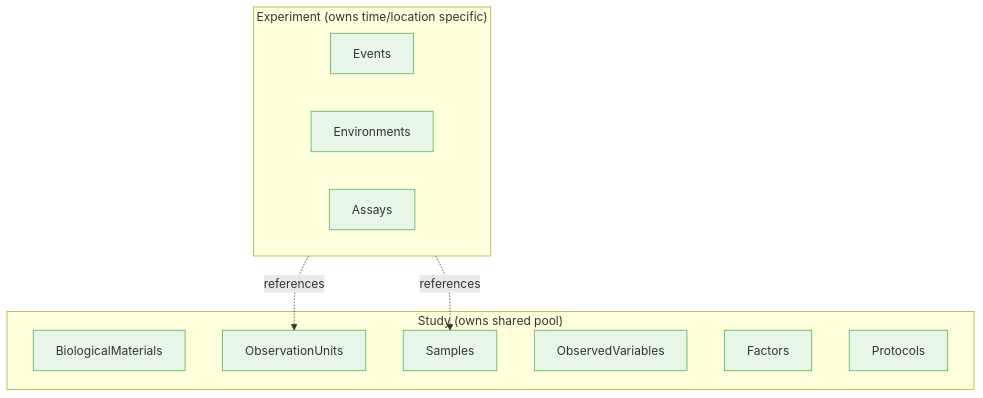
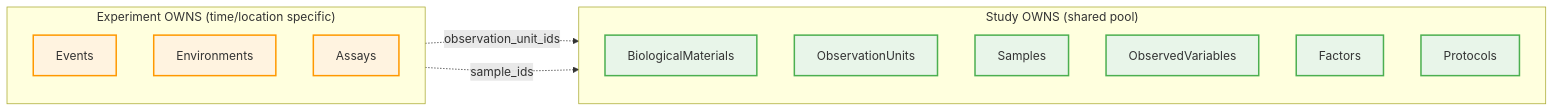
The sixth of 6 diagrams in docs/architecture/diagrams.md (sorenwacker/metaseed), drawn with Mermaid before and after one commit. The commit also changed other lines of this file, not shown here.

Commit message:
Add complete diagrams for all profiles (MIAPPE, ISA, Combined v1/v2)

````diff
--- a/docs/architecture/diagrams.md
+++ b/docs/architecture/diagrams.md
@@ -134,26 +339,28 @@
 ```mermaid
-flowchart TB
-    subgraph study["Study (owns shared pool)"]
+flowchart LR
+    subgraph study["Study OWNS (shared pool)"]
+        direction TB
         BM[BiologicalMaterials]
         OU[ObservationUnits]
         SAM[Samples]
         OV[ObservedVariables]
         FAC[Factors]
         PROT[Protocols]
     end
 
-    subgraph exp["Experiment (owns time/location specific)"]
+    subgraph exp["Experiment OWNS (time/location specific)"]
+        direction TB
         EVT[Events]
         ENV[Environments]
         ASS[Assays]
     end
 
-    exp -.->|references| OU
-    exp -.->|references| SAM
+    exp -.->|observation_unit_ids| OU
+    exp -.->|sample_ids| SAM
 
-    classDef owns fill:#e8f5e9,stroke:#4caf50
-    classDef refs fill:#fff3e0,stroke:#ff9800,stroke-dasharray: 5 5
+    classDef owns fill:#e8f5e9,stroke:#4caf50,stroke-width:2px
+    classDef refs fill:#fff3e0,stroke:#ff9800,stroke-width:2px
 
     class BM,OU,SAM,OV,FAC,PROT owns
-    class EVT,ENV,ASS owns
+    class EVT,ENV,ASS refs
 ```
````
